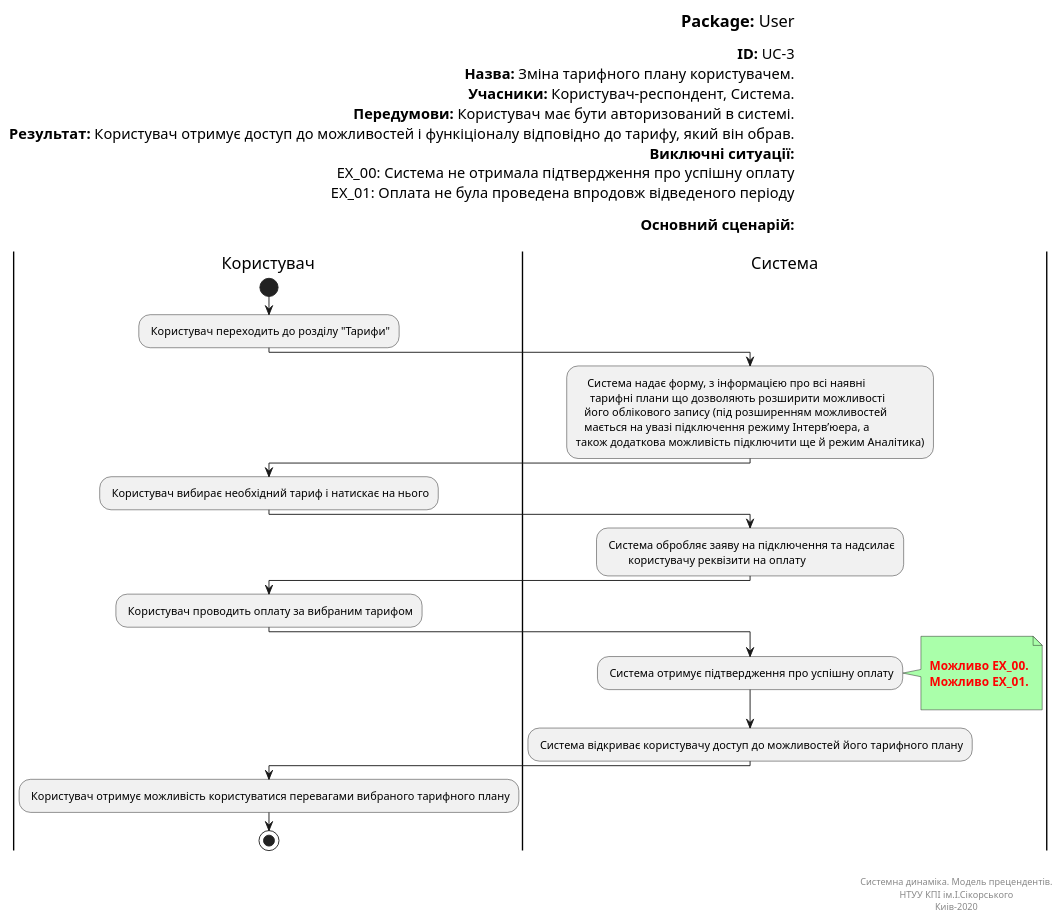
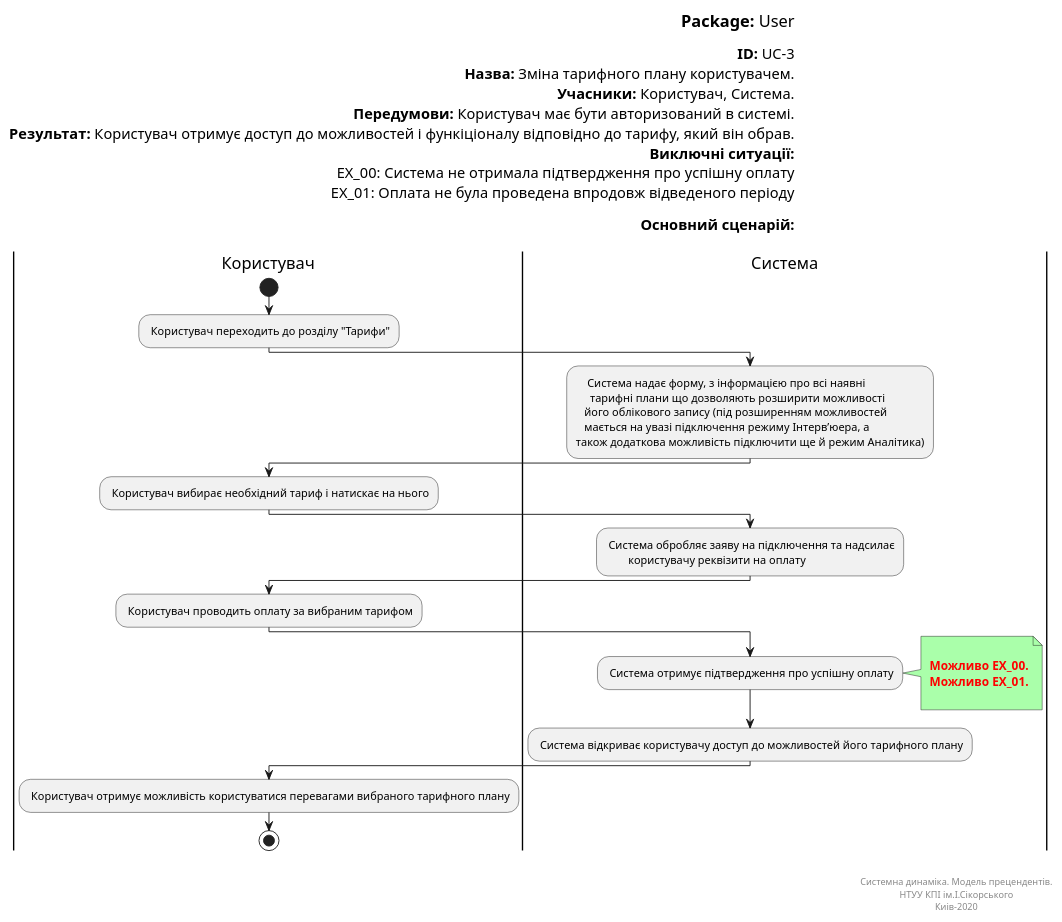
The diagram in Doc/UMLDiagrams/scenarios/user/Diagrams/UML/UC3.pu (ip-85/System-Dynamics), drawn with PlantUML before and after one commit.

```diff
--- a/Doc/UMLDiagrams/scenarios/user/Diagrams/UML/UC3.pu
+++ b/Doc/UMLDiagrams/scenarios/user/Diagrams/UML/UC3.pu
@@ -1,68 +1,68 @@
 @startuml userTariffs
 left header
 <font color=000 size=18><b>Package:</b> User
 
 <font color=000 size=16><b>ID:</b> UC-3
 <font color=000 size=16><b>Назва:</b> Зміна тарифного плану користувачем.
-<font color=000 size=16><b>Учасники:</b> Користувач-респондент, Система.
+<font color=000 size=16><b>Учасники:</b> Користувач, Система.
 <font color=000 size=16><b>Передумови:</b> Користувач має бути авторизований в системі.
 <font color=000 size=16><b>Результат:</b> Користувач отримує доступ до можливостей і функіціоналу відповідно до тарифу, який він обрав.
 <font color=000 size=16><b>Виключні ситуації:</b>
 <font color=000 size=16> EX_00: Система не отримала підтвердження про успішну оплату
 <font color=000 size=16> EX_01: Оплата не була проведена впродовж відведеного періоду
 
 <font color=000 size=16><b>Основний сценарій:</b>
 
 end header
 
 |Користувач|
 start
 : Користувач переходить до розділу "Тарифи";
 
 |Система|
 :    Система надає форму, з інформацією про всі наявні 
      тарифні плани що дозволяють розширити можливості 
    його облікового запису (під розширенням можливостей 
    мається на увазі підключення режиму Інтерв’юера, а 
 також додаткова можливість підключити ще й режим Аналітика);
 
 |Користувач|
 
 : Користувач вибирає необхідний тариф і натискає на нього;
 
 |Система|
 
 : Система обробляє заяву на підключення та надсилає 
         користувачу реквізити на оплату;
 
 |Користувач|
 
 : Користувач проводить оплату за вибраним тарифом;
 
 
 |Система|
 
 : Система отримує підтвердження про успішну оплату;
 note right #aaffaa
 
 <font color=red><b> Можливо EX_00.
 <font color=red><b> Можливо EX_01.
 
 end note
 
 : Система відкриває користувачу доступ до можливостей його тарифного плану;
 
 |Користувач|
 : Користувач отримує можливість користуватися перевагами вибраного тарифного плану;
 
 stop;
 
 right footer
 
 
 Системна динаміка. Модель прецендентів.
 НТУУ КПІ ім.І.Сікорського
 Киів-2020
 end footer
 
 @enduml
```
